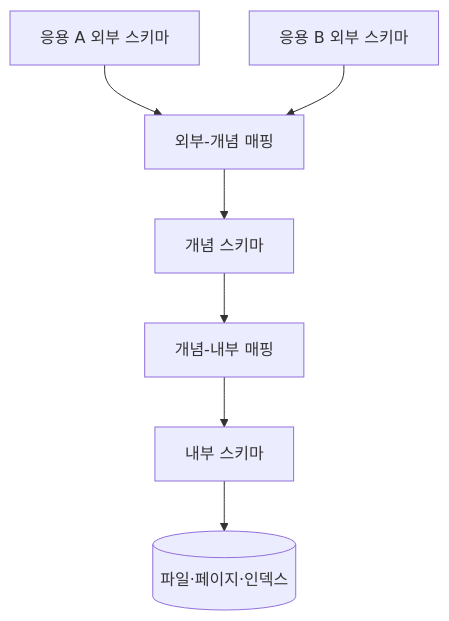
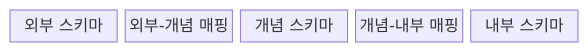
Before and after one commit to agnusdei1207/knowledge-base: the first of 2 diagrams in src/content/docs/notes/03-software/111_data_independence.md, drawn with Mermaid. The commit also changed other lines of this file and 20 other files, not shown here.

````diff
--- a/src/content/docs/notes/03-software/111_data_independence.md
+++ b/src/content/docs/notes/03-software/111_data_independence.md
@@ -56,9 +53,9 @@
 ```mermaid
-flowchart TB
-    U1[응용 A 외부 스키마] --> EC[외부-개념 매핑]
-    U2[응용 B 외부 스키마] --> EC
-    EC --> C[개념 스키마]
-    C --> CI[개념-내부 매핑]
-    CI --> I[내부 스키마]
-    I --> S[(파일·페이지·인덱스)]
+block
+  columns 5
+  E["외부 스키마"]
+  EC["외부-개념 매핑"]
+  C["개념 스키마"]
+  CI["개념-내부 매핑"]
+  I["내부 스키마"]
 ```
````
